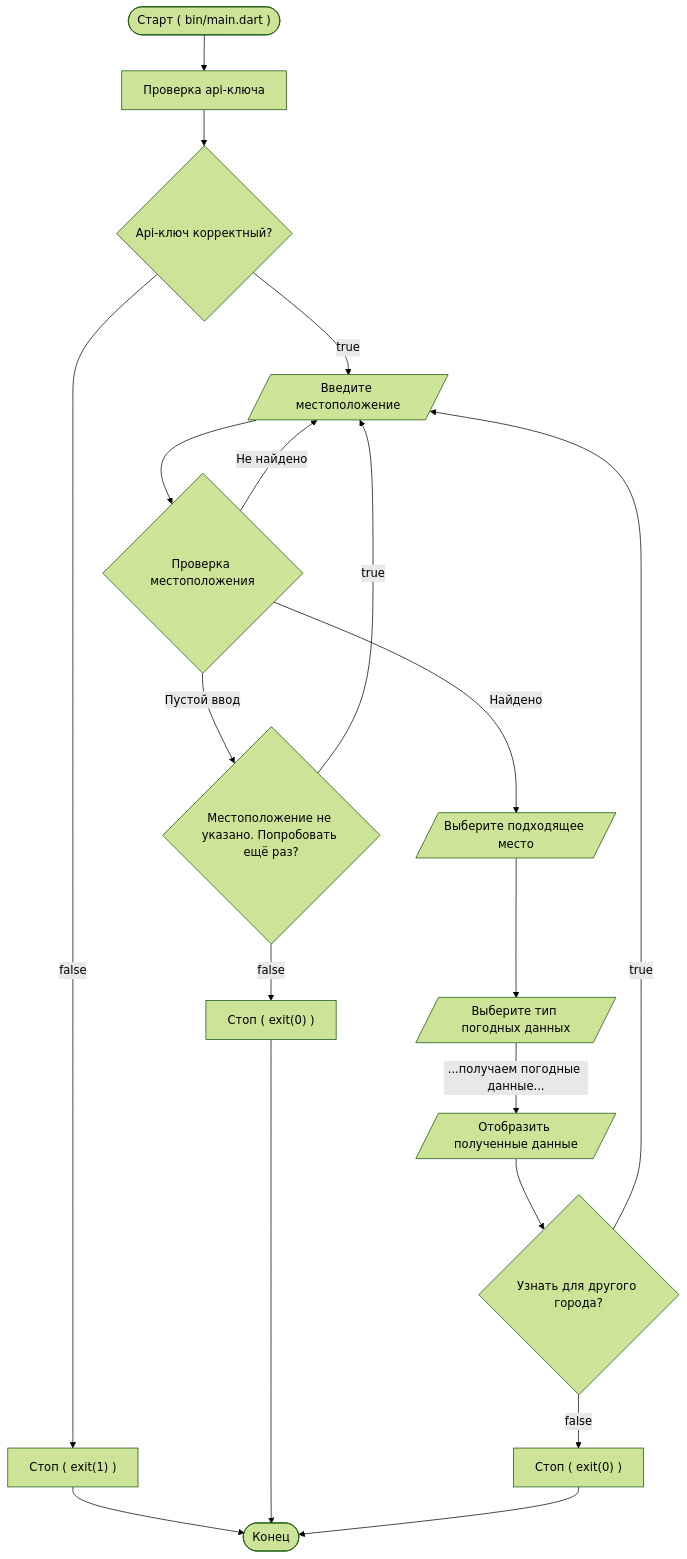
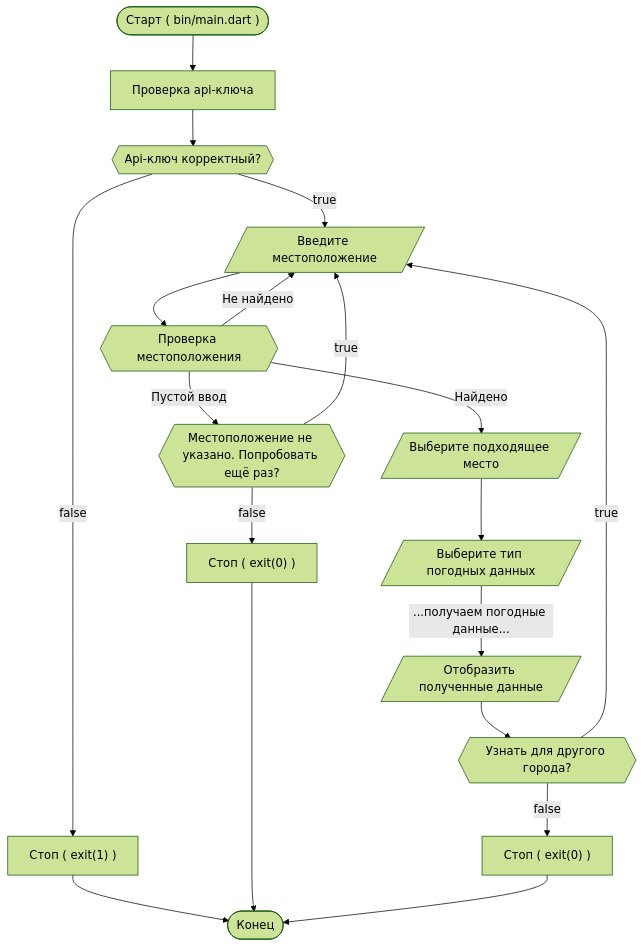
The first of 2 diagrams in example/weather_in_console/README.md (poljudy/weather_forecast_app), drawn with Mermaid before and after one commit. The commit also changed other lines of this file and 1 other file, not shown here.

````diff
--- a/example/weather_in_console/README.md
+++ b/example/weather_in_console/README.md
@@ -22,33 +25,33 @@
 ```mermaid
 %%{init: {'theme': 'forest'}}%%
 
 flowchart TB
   Start(["Старт ( bin/main.dart )"])
   
   Start -->
   computeCheckApiKey["Проверка api-ключа"] -->
-  checkApiKey{"Api-ключ корректный?"}
+  checkApiKey{{"Api-ключ корректный?"}}
   --false--> exit1["Стоп ( exit(1) )"] --> End
-   
+  
   checkApiKey
   --true--> inputPlace[/"Введите местоположение"/]
-  --> computeCheckInputPlace{"Проверка местоположения"}
-  --Пустой ввод--> inputPlaceAgain{"Местоположение не указано. Попробовать ещё раз?"} 
+  --> computeCheckInputPlace{{"Проверка местоположения"}}
+  --"Пустой ввод"--> inputPlaceAgain{{"Местоположение не указано. Попробовать ещё раз?"}}
   --false--> exit2["Стоп ( exit(0) )"] --> End
   
   inputPlaceAgain --true--> inputPlace
   
-  computeCheckInputPlace --Не найдено--> inputPlace
+  computeCheckInputPlace --"Не найдено"--> inputPlace
   
-  computeCheckInputPlace 
-  --Найдено--> selectDesiredPlace[/"Выберите подходящее место"/]
+  computeCheckInputPlace
+  --"Найдено"--> selectDesiredPlace[/"Выберите подходящее место"/]
   --> selectWeatherType[/"Выберите тип погодных данных"/]
   --"...получаем погодные данные..."--> printWeather[/"Отобразить полученные данные"/]
   
   printWeather -->
-  inputIsRepeat{Узнать для другого города?}
+  inputIsRepeat{{"Узнать для другого города?"}}
   --false--> exit3["Стоп ( exit(0) )"] --> End
   inputIsRepeat --true--> inputPlace
-
+  
 End(["Конец"])
 ```
````
